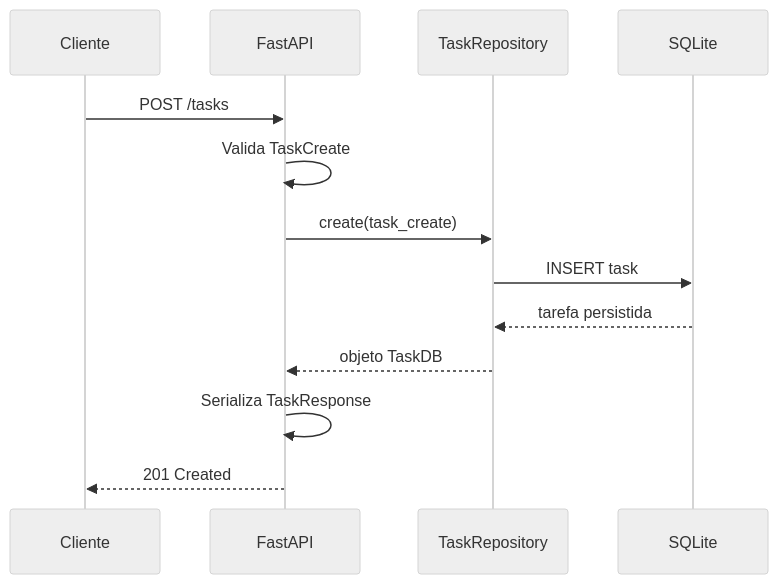
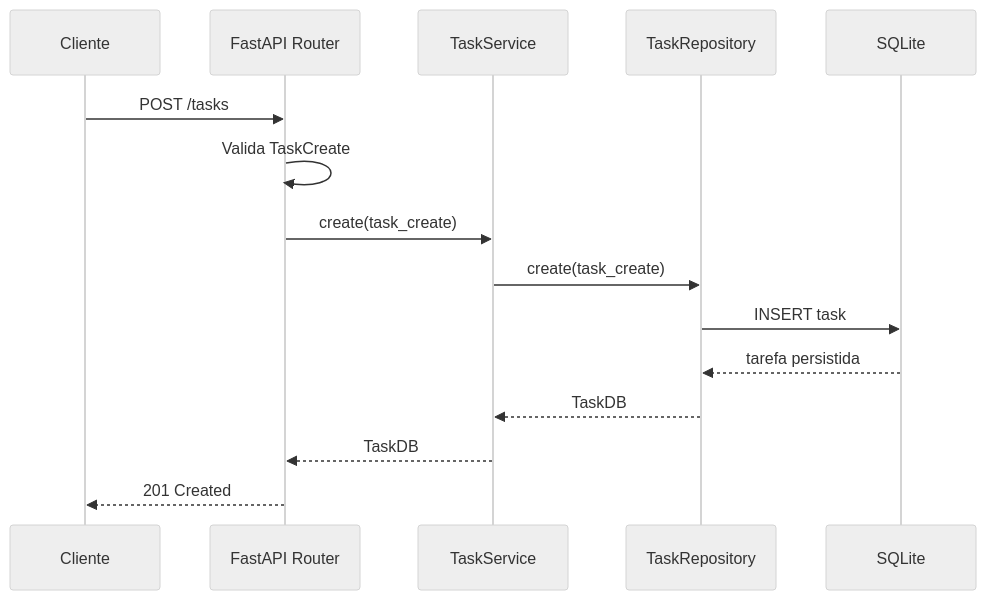
One commit to karinakaori/task_api changed the second of 2 diagrams in README.md. Above: the diagram before and after it, drawn with Mermaid (neutral theme). The commit also changed other lines of this file and 1 other file, not shown here.

````diff
--- a/README.md
+++ b/README.md
@@ -112,16 +234,18 @@
 ```mermaid
 sequenceDiagram
     participant Cliente
-    participant API as FastAPI
+    participant Router as FastAPI Router
+    participant Service as TaskService
     participant Repo as TaskRepository
     participant DB as SQLite
 
-    Cliente->>API: POST /tasks
-    API->>API: Valida TaskCreate
-    API->>Repo: create(task_create)
+    Cliente->>Router: POST /tasks
+    Router->>Router: Valida TaskCreate
+    Router->>Service: create(task_create)
+    Service->>Repo: create(task_create)
     Repo->>DB: INSERT task
     DB-->>Repo: tarefa persistida
-    Repo-->>API: objeto TaskDB
-    API->>API: Serializa TaskResponse
-    API-->>Cliente: 201 Created
+    Repo-->>Service: TaskDB
+    Service-->>Router: TaskDB
+    Router-->>Cliente: 201 Created
 ```
````
